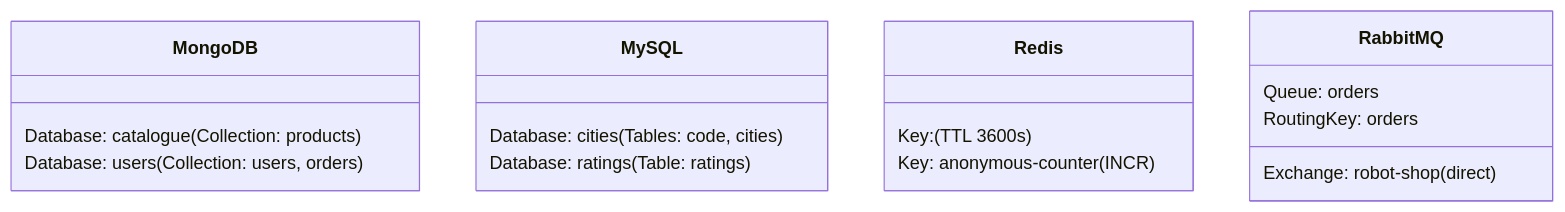
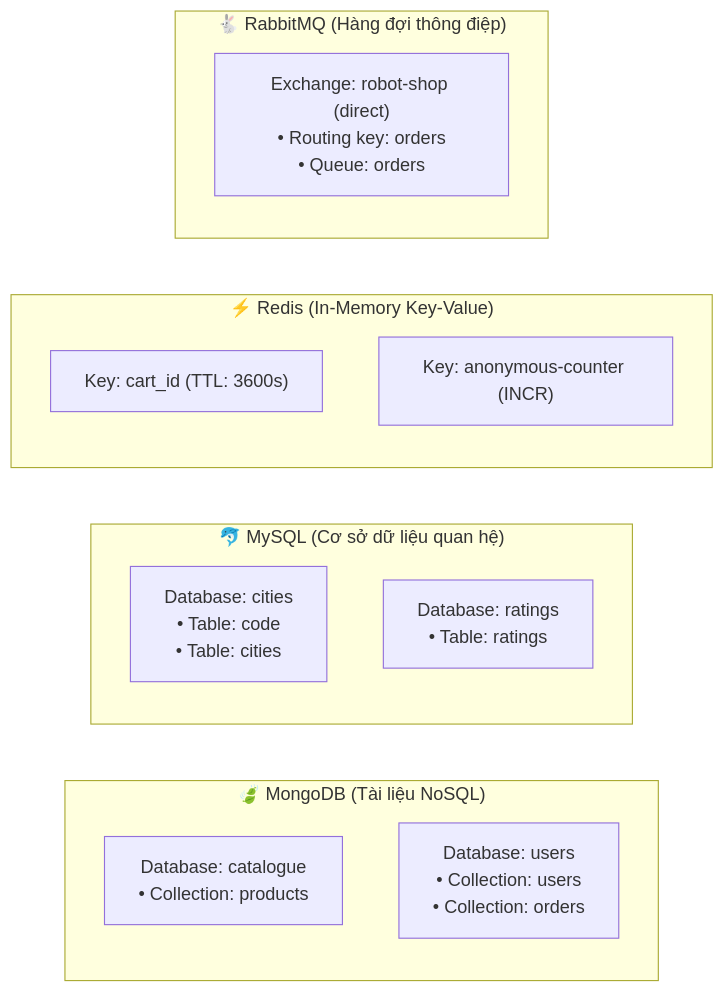
The second of 5 diagrams in README.md (DucThinhIsMeX/robot-shop-devops-lab), drawn with Mermaid before and after one commit. The commit also changed other lines of this file, not shown here.

````diff
--- a/README.md
+++ b/README.md
@@ -162,20 +162,21 @@
 ```mermaid
-classDiagram
-    class MongoDB {
-        Database: catalogue (Collection: products)
-        Database: users (Collection: users, orders)
-    }
-    class MySQL {
-        Database: cities (Tables: code, cities)
-        Database: ratings (Table: ratings)
-    }
-    class Redis {
-        Key: <cart_id> (TTL 3600s)
-        Key: anonymous-counter (INCR)
-    }
-    class RabbitMQ {
-        Exchange: robot-shop (direct)
-        Queue: orders
-        RoutingKey: orders
-    }
+flowchart LR
+    subgraph MongoBox ["🍃 MongoDB (Tài liệu NoSQL)"]
+        M1["Database: catalogue<br/>• Collection: products"]
+        M2["Database: users<br/>• Collection: users<br/>• Collection: orders"]
+    end
+
+    subgraph MySQLBox ["🐬 MySQL (Cơ sở dữ liệu quan hệ)"]
+        S1["Database: cities<br/>• Table: code<br/>• Table: cities"]
+        S2["Database: ratings<br/>• Table: ratings"]
+    end
+
+    subgraph RedisBox ["⚡ Redis (In-Memory Key-Value)"]
+        R1["Key: cart_id (TTL: 3600s)"]
+        R2["Key: anonymous-counter (INCR)"]
+    end
+
+    subgraph RabbitBox ["🐇 RabbitMQ (Hàng đợi thông điệp)"]
+        Q1["Exchange: robot-shop (direct)<br/>• Routing key: orders<br/>• Queue: orders"]
+    end
 ```
````
